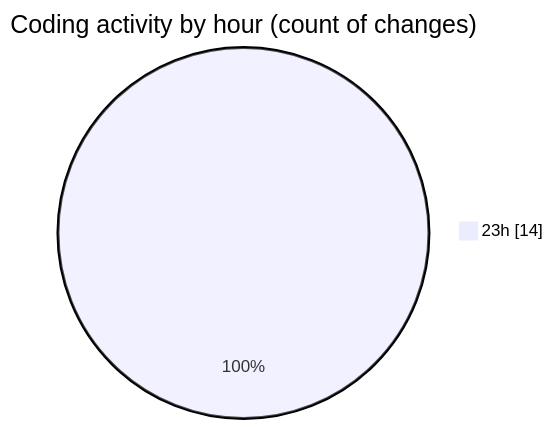
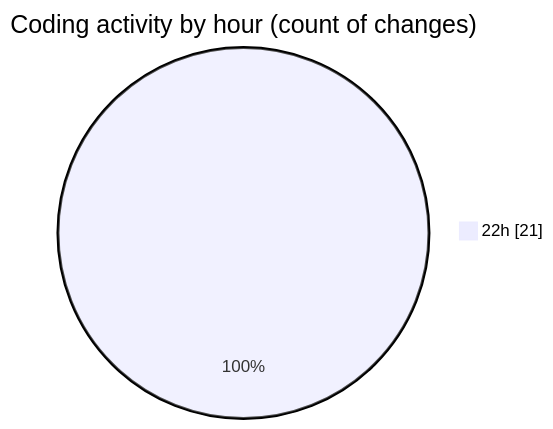
The second of 2 diagrams in 2026-11-11/dsa-java/README.md (hasnaa123/code-tracking), drawn with Mermaid before and after one commit. The commit also changed other lines of this file and 1 other file, not shown here.

````diff
--- a/2026-11-11/dsa-java/README.md
+++ b/2026-11-11/dsa-java/README.md
@@ -28,5 +28,5 @@
 ```mermaid
 pie showData
 title Coding activity by hour (count of changes)
-"23h" : 14
+"22h" : 21
 ```
````
